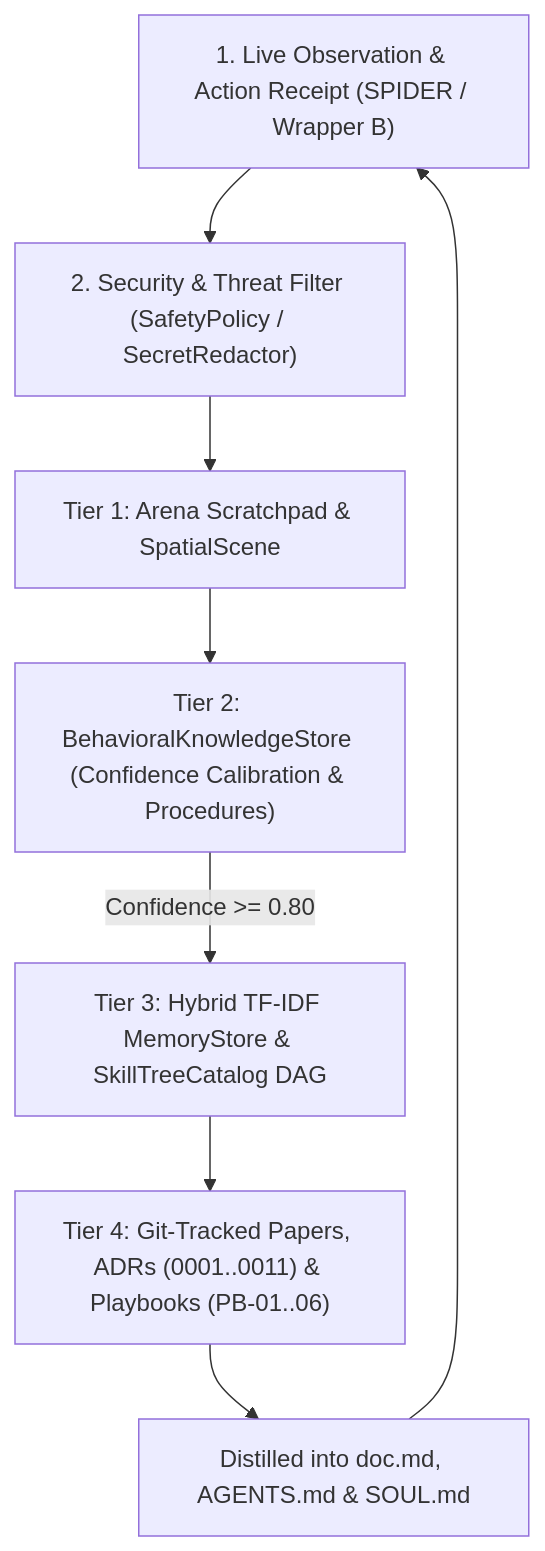
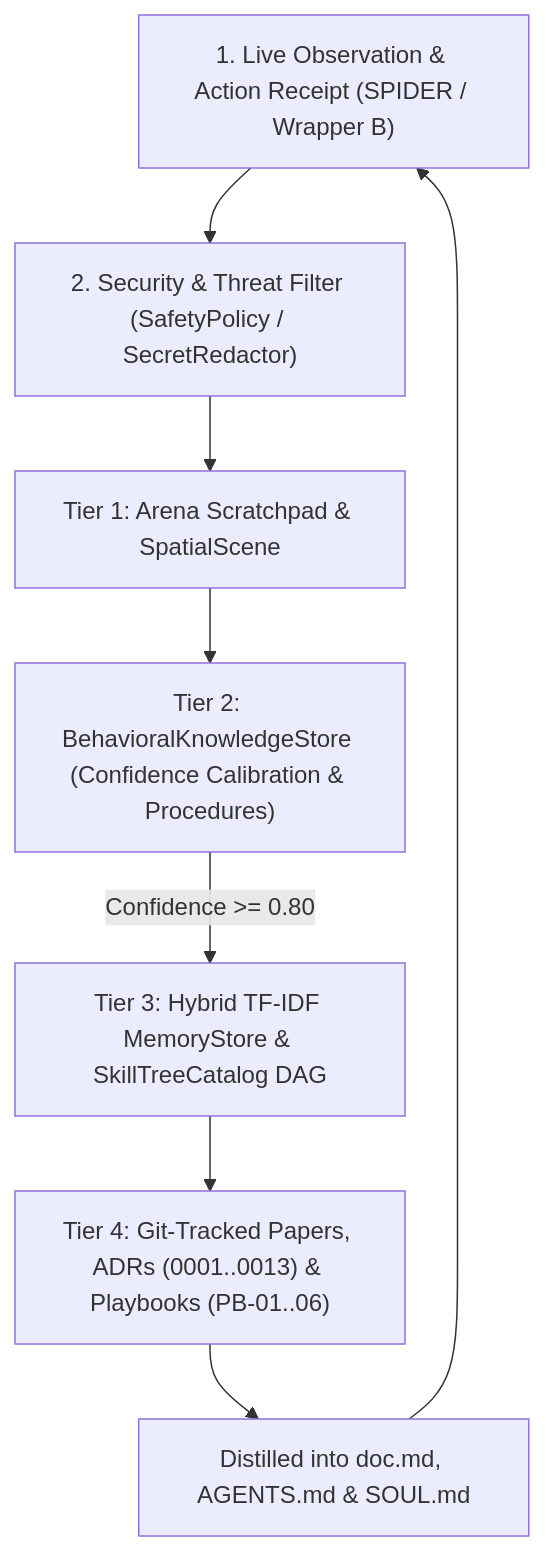
Before and after one commit to CardSorting/HEAV3NS-MICRO: the diagram in docs/kb/knowledge-handling-architecture.md, drawn with Mermaid. The commit also changed other lines of this file and 24 other files, not shown here.

Commit message:
docs(architecture): complete documentation sync for Zenith pass (ADR-0012, ADR-0013, 70 modules, 66 Rust / 315 Swift tests, context HUD)

````diff
--- a/docs/kb/knowledge-handling-architecture.md
+++ b/docs/kb/knowledge-handling-architecture.md
@@ -41,10 +41,10 @@
 ```mermaid
 flowchart TD
   RAW["1. Live Observation & Action Receipt (SPIDER / Wrapper B)"] --> FILTER["2. Security & Threat Filter (SafetyPolicy / SecretRedactor)"]
   FILTER --> T1["Tier 1: Arena Scratchpad & SpatialScene"]
   T1 --> T2["Tier 2: BehavioralKnowledgeStore (Confidence Calibration & Procedures)"]
   T2 -->|"Confidence >= 0.80"| T3["Tier 3: Hybrid TF-IDF MemoryStore & SkillTreeCatalog DAG"]
-  T3 --> T4["Tier 4: Git-Tracked Papers, ADRs (0001..0011) & Playbooks (PB-01..06)"]
+  T3 --> T4["Tier 4: Git-Tracked Papers, ADRs (0001..0013) & Playbooks (PB-01..06)"]
   T4 --> AGENTS["Distilled into doc.md, AGENTS.md & SOUL.md"]
   AGENTS --> RAW
 ```
````
